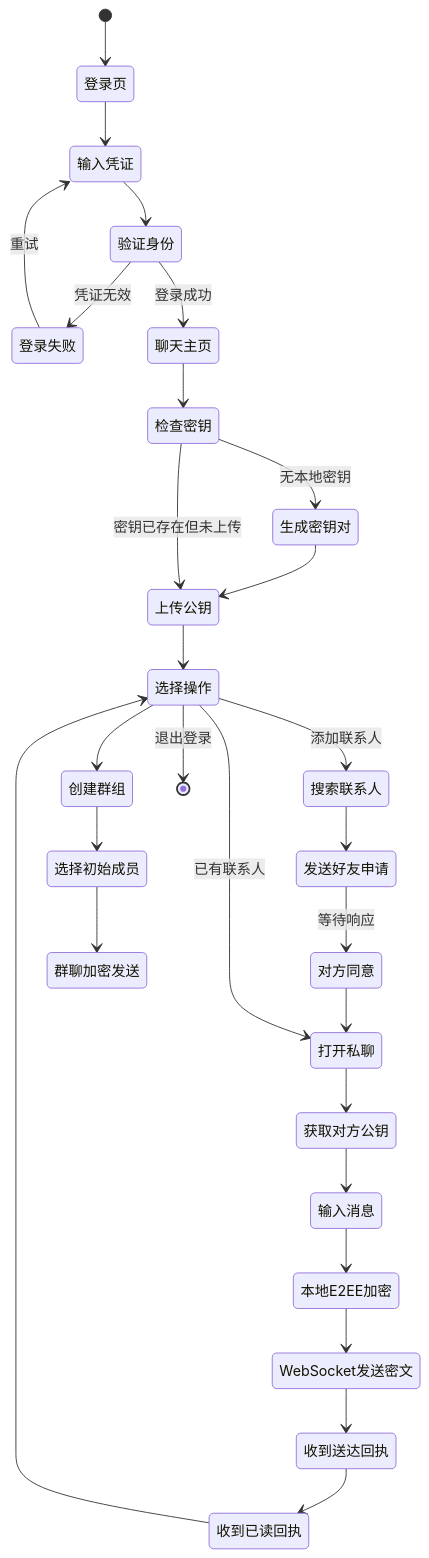
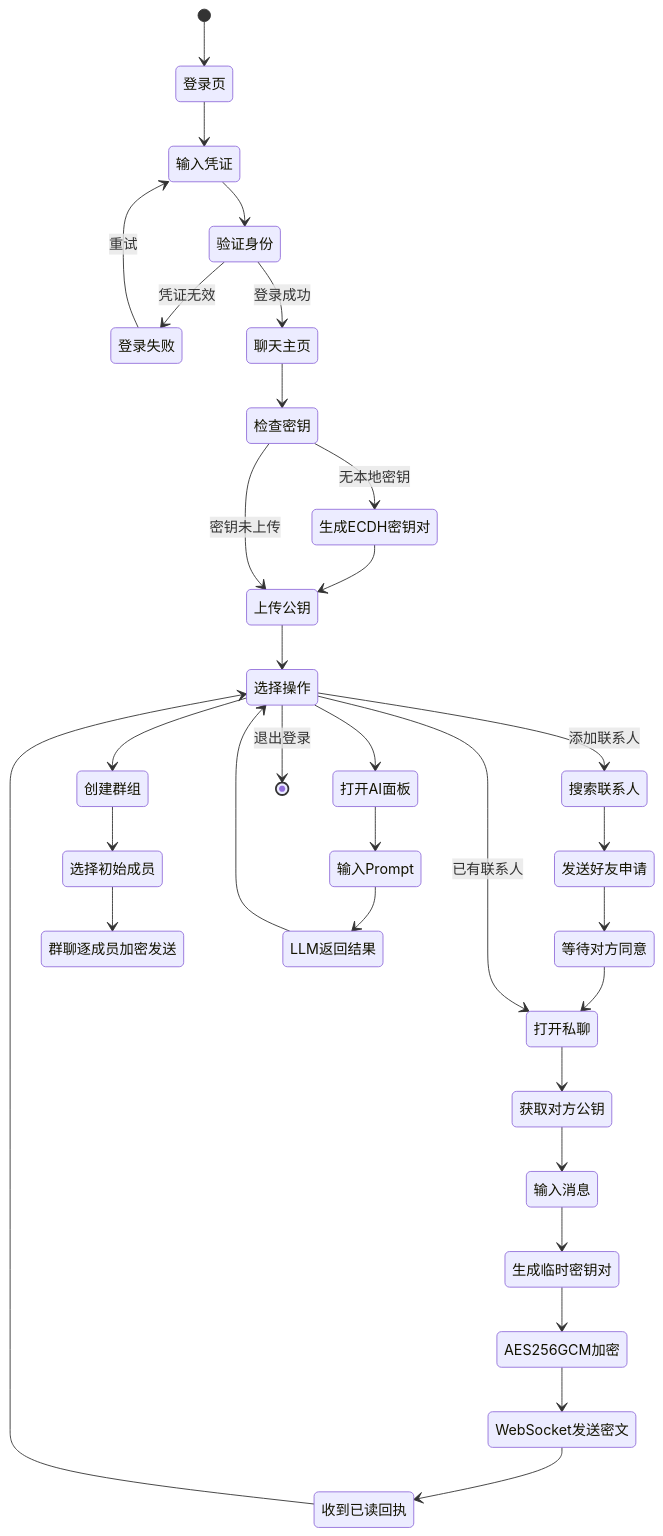
The eighth of 9 diagrams in docs/iChat Pro UML 与架构图交付文档.md (HeanX/iChat_Pro), drawn with Mermaid before and after one commit. The commit also changed other lines of this file, not shown here.

First line of the commit message:
docs: complete rewrite of UML & architecture diagrams for current main

````diff
--- a/docs/iChat Pro UML 与架构图交付文档.md
+++ b/docs/iChat Pro UML 与架构图交付文档.md
@@ -430,35 +615,40 @@
 ```mermaid
 stateDiagram-v2
     [*] --> 登录页
     登录页 --> 输入凭证
     输入凭证 --> 验证身份
     验证身份 --> 登录失败: 凭证无效
     登录失败 --> 输入凭证: 重试
     验证身份 --> 聊天主页: 登录成功
 
     聊天主页 --> 检查密钥
-    检查密钥 --> 生成密钥对: 无本地密钥
-    生成密钥对 --> 上传公钥
-    检查密钥 --> 上传公钥: 密钥已存在但未上传
+    检查密钥 --> 生成ECDH密钥对: 无本地密钥
+    生成ECDH密钥对 --> 上传公钥
+    检查密钥 --> 上传公钥: 密钥未上传
     上传公钥 --> 选择操作
 
     选择操作 --> 搜索联系人: 添加联系人
     搜索联系人 --> 发送好友申请
-    发送好友申请 --> 对方同意: 等待响应
-    对方同意 --> 打开私聊
+    发送好友申请 --> 等待对方同意
+    等待对方同意 --> 打开私聊
 
     选择操作 --> 打开私聊: 已有联系人
     打开私聊 --> 获取对方公钥
     获取对方公钥 --> 输入消息
-    输入消息 --> 本地E2EE加密
-    本地E2EE加密 --> WebSocket发送密文
-    WebSocket发送密文 --> 收到送达回执
-    收到送达回执 --> 收到已读回执
+    输入消息 --> 生成临时密钥对
+    生成临时密钥对 --> AES256GCM加密
+    AES256GCM加密 --> WebSocket发送密文
+    WebSocket发送密文 --> 收到已读回执
     收到已读回执 --> 选择操作
 
     选择操作 --> 创建群组
     创建群组 --> 选择初始成员
-    选择初始成员 --> 群聊加密发送
+    选择初始成员 --> 群聊逐成员加密发送
+
+    选择操作 --> 打开AI面板
+    打开AI面板 --> 输入Prompt
+    输入Prompt --> LLM返回结果
+    LLM返回结果 --> 选择操作
 
     选择操作 --> [*]: 退出登录
 ```
````
